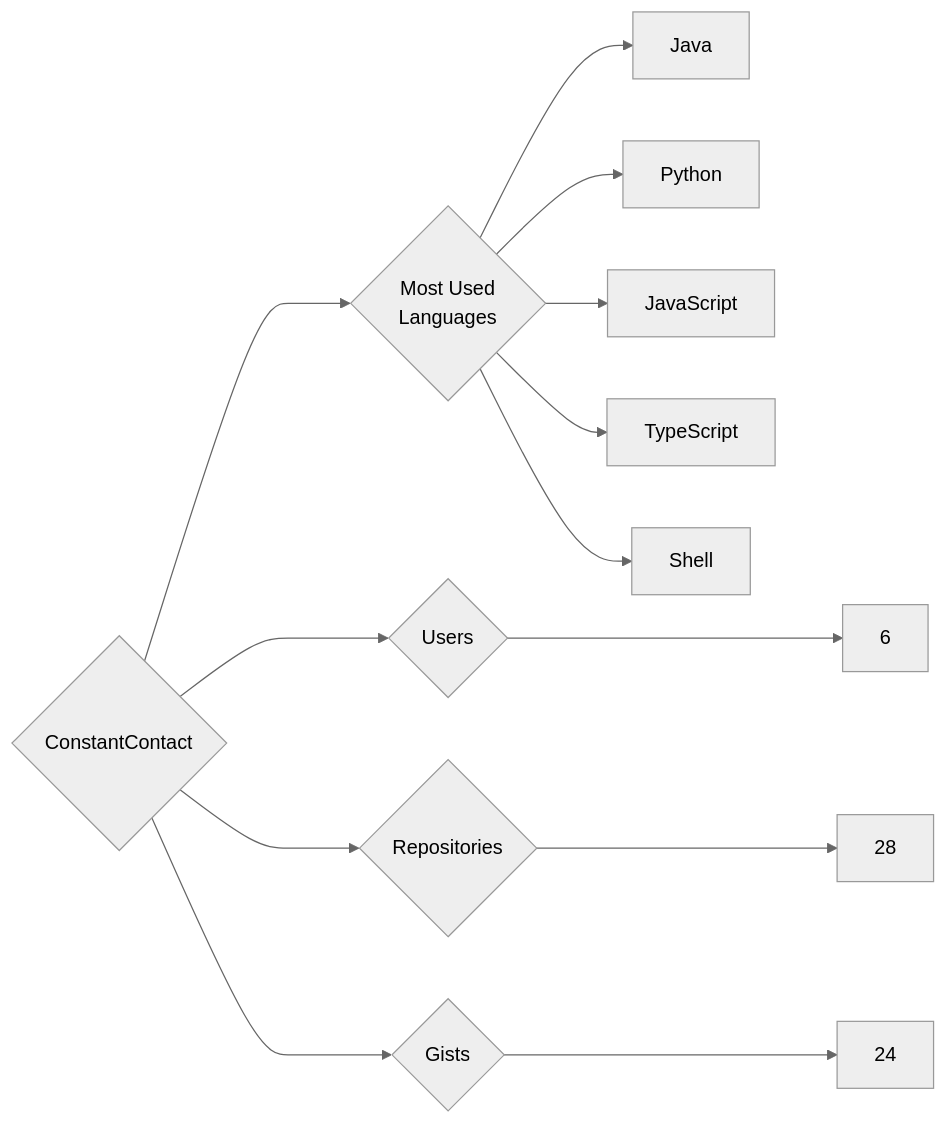
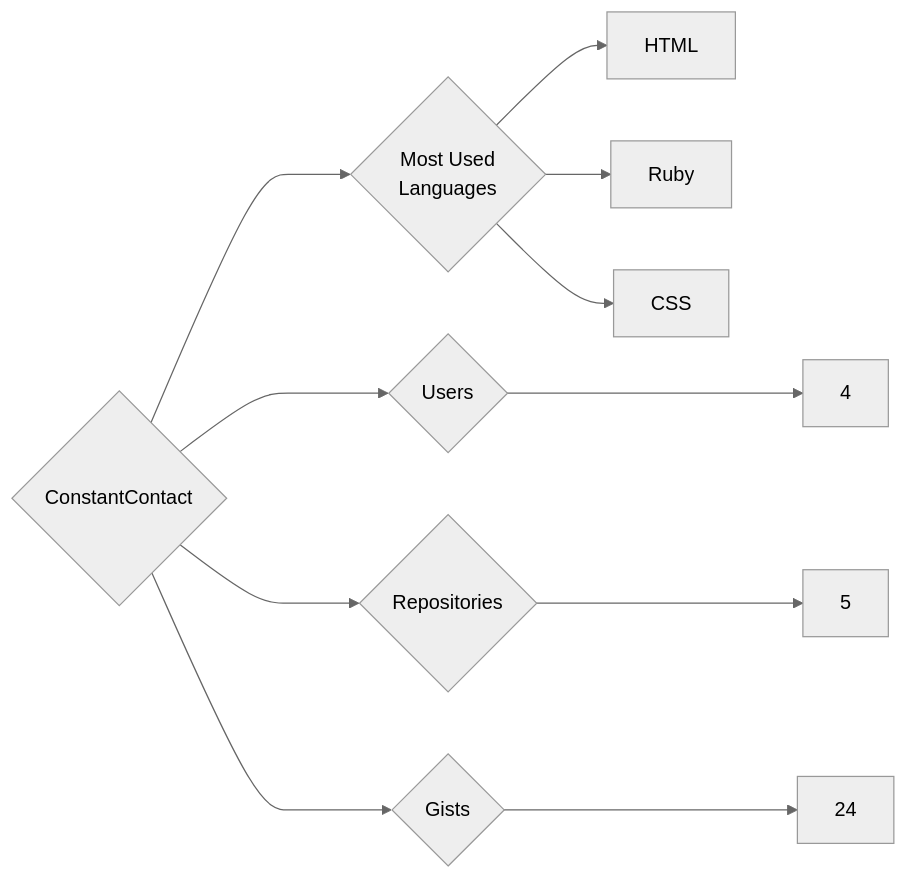
Before and after one commit to trickest/insiders: the diagram in targets/ConstantContact/README.md, drawn with Mermaid (neutral theme). The commit also changed 1141 other files, not shown here.

````diff
--- a/targets/ConstantContact/README.md
+++ b/targets/ConstantContact/README.md
@@ -3,13 +3,11 @@
 ```mermaid
 graph LR
 COMPANY_NAME{ConstantContact}
-COMPANY_NAME ---> U{Users} ---> UN[6]
-COMPANY_NAME ---> R{Repositories} ---> RN[28]
+COMPANY_NAME ---> U{Users} ---> UN[4]
+COMPANY_NAME ---> R{Repositories} ---> RN[5]
 COMPANY_NAME ---> G{Gists} ---> GN[24]
 COMPANY_NAME ---> ML{Most Used<br>Languages}
-ML --> Java[Java]
-ML --> Python[Python]
-ML --> JavaScript[JavaScript]
-ML --> TypeScript[TypeScript]
-ML --> Shell[Shell]
+ML --> HTML[HTML]
+ML --> Ruby[Ruby]
+ML --> CSS[CSS]
 ```
````
